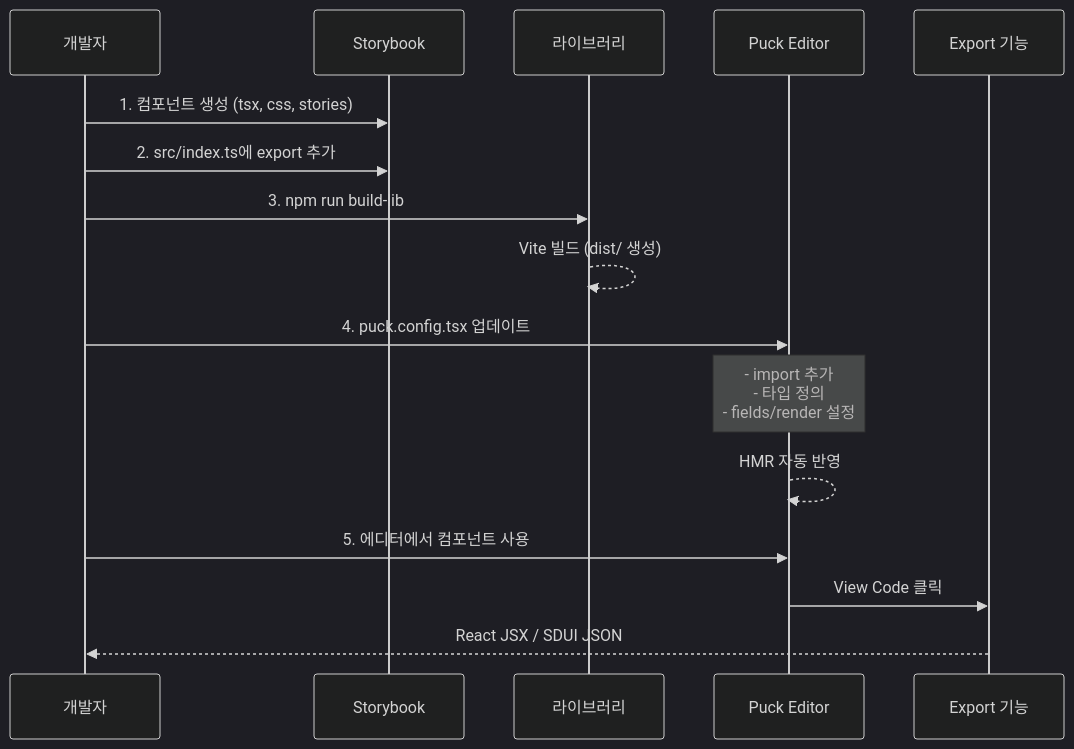
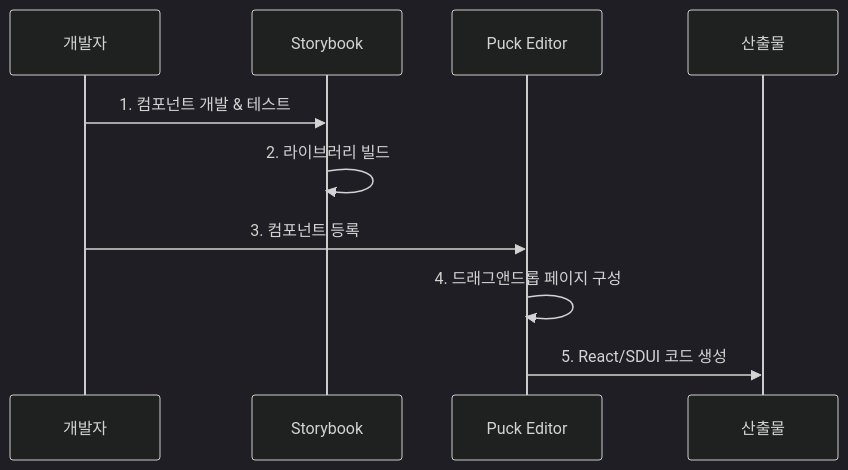
Before and after one commit to rireya/test-puck: the second of 2 diagrams in WORKFLOW.md, drawn with Mermaid (dark theme). The commit also changed other lines of this file, not shown here.

Commit message:
워크플로우 수정

````diff
--- a/WORKFLOW.md
+++ b/WORKFLOW.md
@@ -33,22 +23,13 @@
 ```mermaid
 sequenceDiagram
     participant Dev as 개발자
     participant SB as Storybook
-    participant Lib as 라이브러리
     participant Puck as Puck Editor
-    participant Export as Export 기능
+    participant Output as 산출물
 
-    Dev->>SB: 1. 컴포넌트 생성 (tsx, css, stories)
-    Dev->>SB: 2. src/index.ts에 export 추가
-    Dev->>Lib: 3. npm run build-lib
-    Lib-->>Lib: Vite 빌드 (dist/ 생성)
-
-    Dev->>Puck: 4. puck.config.tsx 업데이트
-    Note over Puck: - import 추가<br/>- 타입 정의<br/>- fields/render 설정
-
-    Puck-->>Puck: HMR 자동 반영
-    Dev->>Puck: 5. 에디터에서 컴포넌트 사용
-
-    Puck->>Export: View Code 클릭
-    Export-->>Dev: React JSX / SDUI JSON
+    Dev->>SB: 1. 컴포넌트 개발 & 테스트
+    SB->>SB: 2. 라이브러리 빌드
+    Dev->>Puck: 3. 컴포넌트 등록
+    Puck->>Puck: 4. 드래그앤드롭 페이지 구성
+    Puck->>Output: 5. React/SDUI 코드 생성
 ```
````
